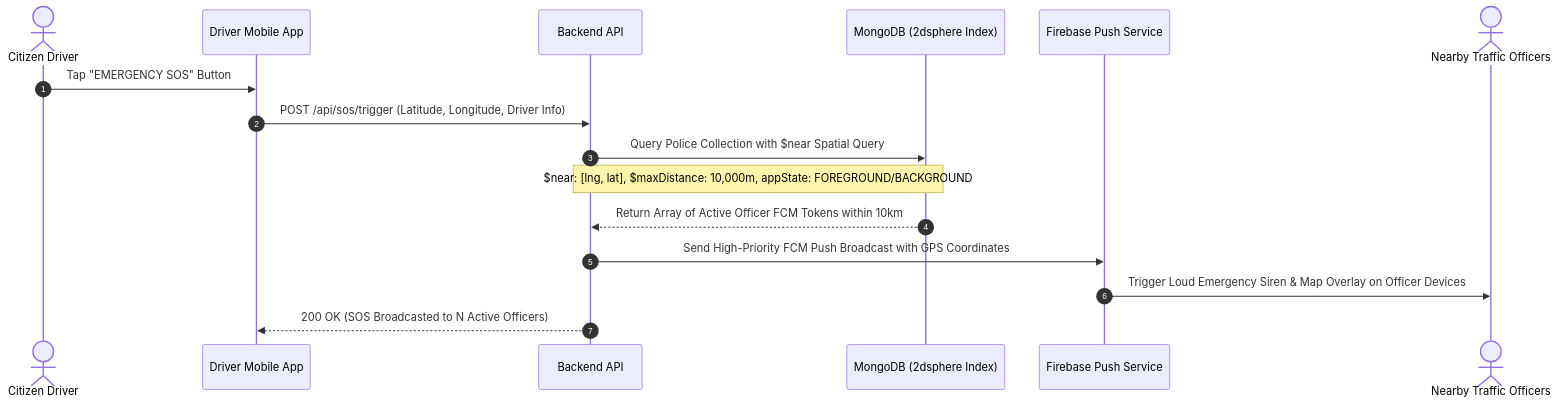
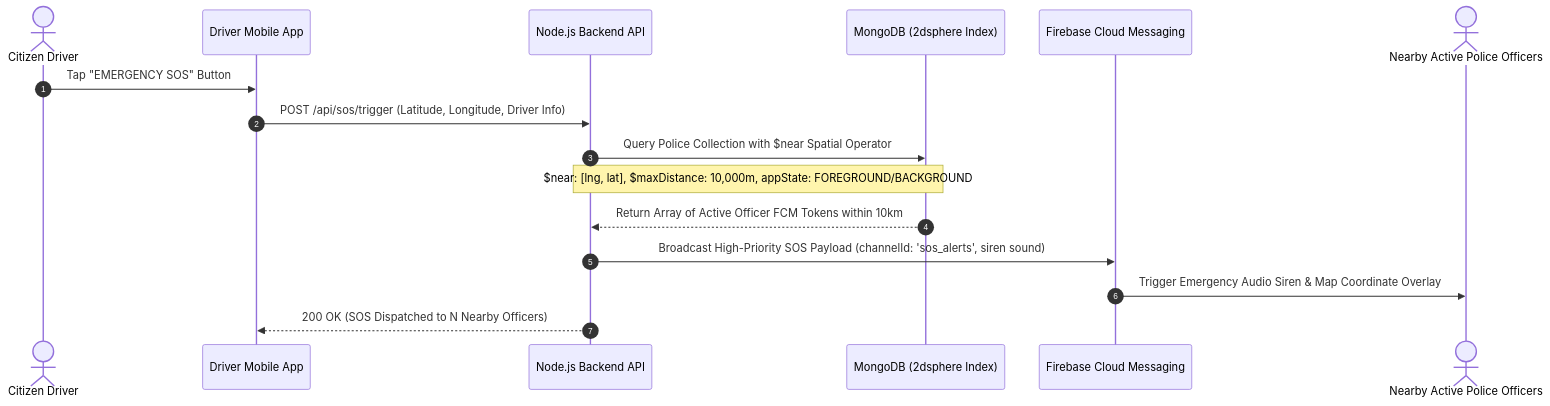
Before and after one commit to e-fine-sl/e-fine-sl-traffic-management: the seventh of 15 diagrams in README.md, drawn with Mermaid. The commit also changed other lines of this file, not shown here.

Commit message:
docs(architecture): update system design diagrams, use case specifications, class diagrams, sequence flows, activity flows, wireframes, and database ERD schemas to match live implementation

````diff
--- a/README.md
+++ b/README.md
@@ -513,21 +524,21 @@
 ```mermaid
 sequenceDiagram
     autonumber
     actor Driver as Citizen Driver
     participant App as Driver Mobile App
-    participant API as Backend API
+    participant API as Node.js Backend API
     participant DB as MongoDB (2dsphere Index)
-    participant FCM as Firebase Push Service
-    actor Officers as Nearby Traffic Officers
+    participant FCM as Firebase Cloud Messaging
+    actor Officers as Nearby Active Police Officers
 
     Driver->>App: Tap "EMERGENCY SOS" Button
     App->>API: POST /api/sos/trigger (Latitude, Longitude, Driver Info)
     
-    API->>DB: Query Police Collection with $near Spatial Query
+    API->>DB: Query Police Collection with $near Spatial Operator
     Note over API,DB: $near: [lng, lat], $maxDistance: 10,000m, appState: FOREGROUND/BACKGROUND
     DB-->>API: Return Array of Active Officer FCM Tokens within 10km
 
-    API->>FCM: Send High-Priority FCM Push Broadcast with GPS Coordinates
-    FCM->>Officers: Trigger Loud Emergency Siren & Map Overlay on Officer Devices
-    API-->>App: 200 OK (SOS Broadcasted to N Active Officers)
+    API->>FCM: Broadcast High-Priority SOS Payload (channelId: 'sos_alerts', siren sound)
+    FCM->>Officers: Trigger Emergency Audio Siren & Map Coordinate Overlay
+    API-->>App: 200 OK (SOS Dispatched to N Nearby Officers)
 ```
````
